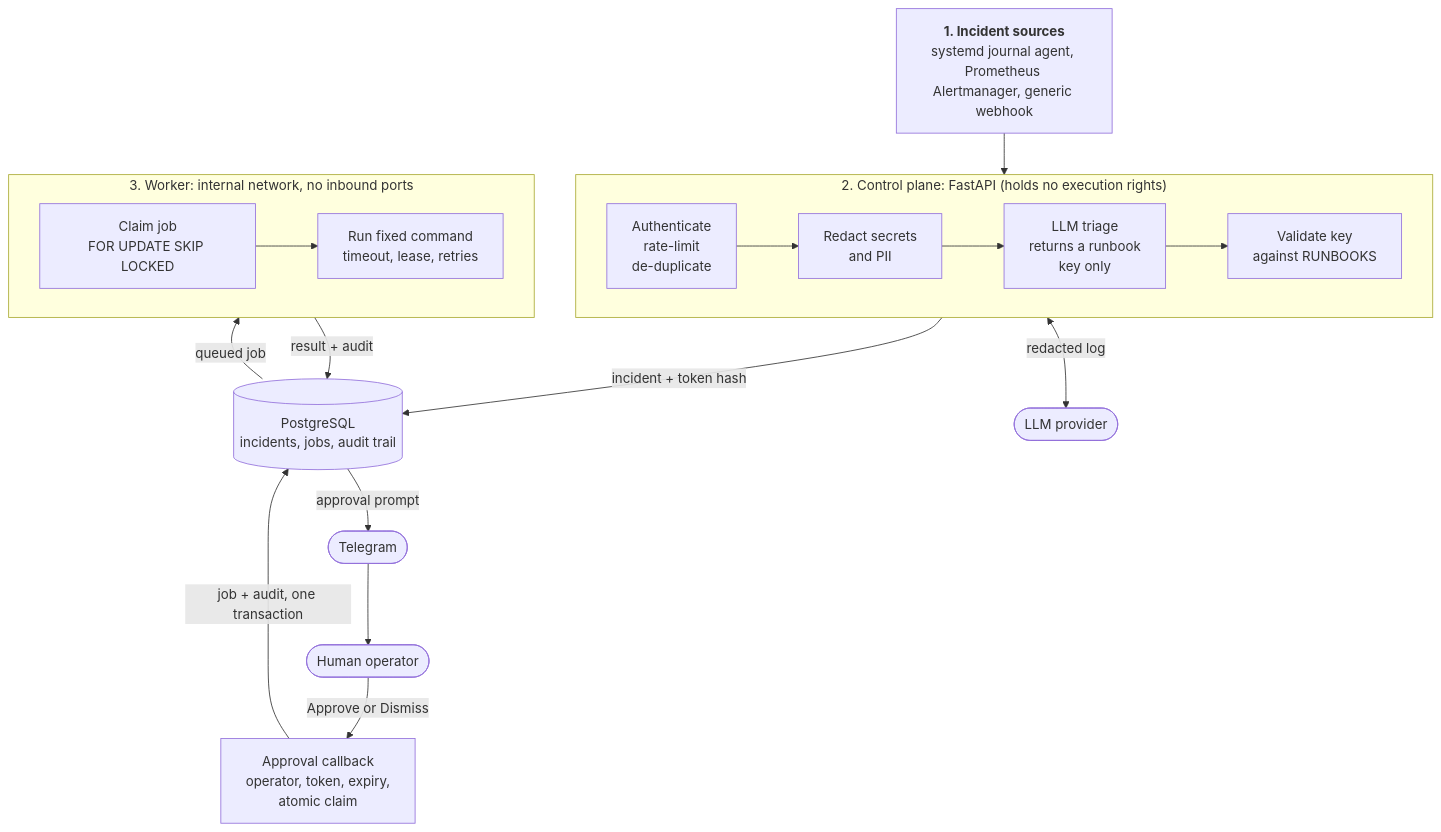
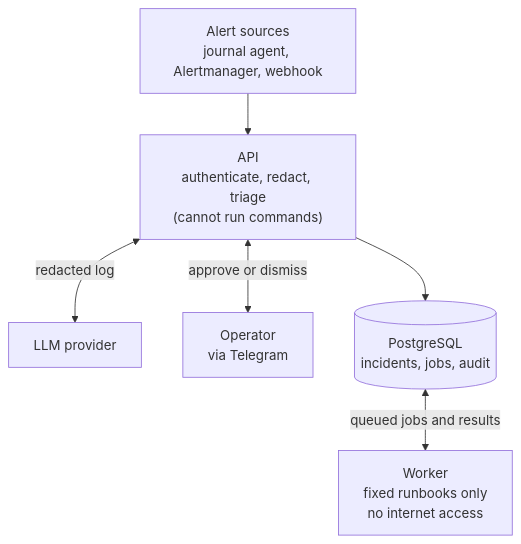
One commit to rishipx/GreenLight changed the first of 2 diagrams in README.md. Above: the diagram before and after it, drawn with Mermaid. The commit also changed other lines of this file, not shown here.

````diff
--- a/README.md
+++ b/README.md
@@ -17,29 +41,8 @@
 ```mermaid
 flowchart TB
-    SRC["<b>1. Incident sources</b><br/>systemd journal agent, Prometheus Alertmanager, generic webhook"]
-
-    subgraph CP["2. Control plane: FastAPI (holds no execution rights)"]
-        direction LR
-        ING["Authenticate<br/>rate-limit<br/>de-duplicate"] --> RED["Redact secrets<br/>and PII"] --> TRI["LLM triage<br/>returns a runbook<br/>key only"] --> VAL["Validate key<br/>against RUNBOOKS"]
-    end
-
-    LLM(["LLM provider"])
-    DB[("PostgreSQL<br/>incidents, jobs, audit trail")]
-    TG(["Telegram"])
-    OP(["Human operator"])
-    CB["Approval callback<br/>operator, token, expiry,<br/>atomic claim"]
-
-    subgraph WK["3. Worker: internal network, no inbound ports"]
-        direction LR
-        CL["Claim job<br/>FOR UPDATE SKIP LOCKED"] --> EX["Run fixed command<br/>timeout, lease, retries"]
-    end
-
-    SRC --> ING
-    TRI <-->|redacted log| LLM
-    VAL -->|incident + token hash| DB
-    DB -->|approval prompt| TG --> OP
-    OP -->|Approve or Dismiss| CB
-    CB -->|job + audit, one transaction| DB
-    DB -->|queued job| CL
-    EX -->|result + audit| DB
+    S["Alert sources<br/>journal agent, Alertmanager, webhook"] --> A["API<br/>authenticate, redact, triage<br/>(cannot run commands)"]
+    A <-->|redacted log| L["LLM provider"]
+    A <-->|approve or dismiss| O["Operator<br/>via Telegram"]
+    A --> D[("PostgreSQL<br/>incidents, jobs, audit")]
+    D <-->|queued jobs and results| W["Worker<br/>fixed runbooks only<br/>no internet access"]
 ```
````
